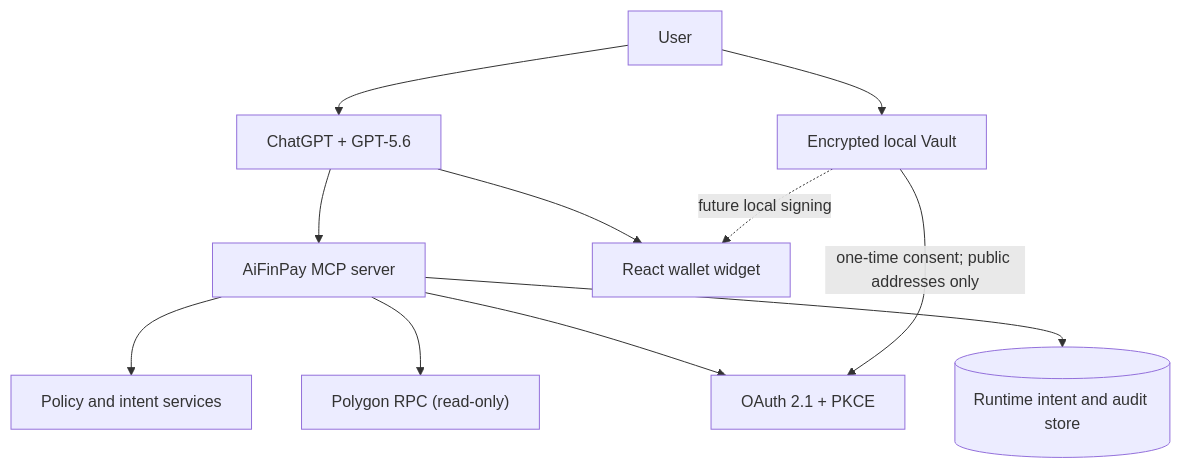
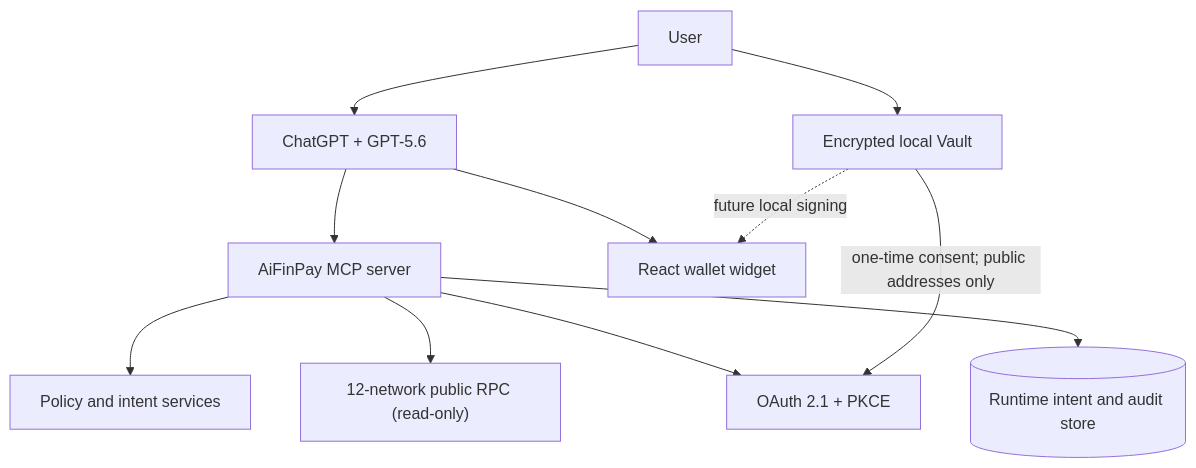
The diagram in README.md (coinsecuritiescompany/GPT-wallet-AiFinPay), drawn with Mermaid before and after one commit. The commit also changed other lines of this file and 17 other files, not shown here.

First line of the commit message:
Bring read-only balances live on all 12 mainnet networks

````diff
--- a/README.md
+++ b/README.md
@@ -58,13 +58,13 @@
 ```mermaid
 flowchart TD
     U["User"] --> C["ChatGPT + GPT-5.6"]
     C --> M["AiFinPay MCP server"]
     M --> P["Policy and intent services"]
-    M --> R["Polygon RPC (read-only)"]
+    M --> R["12-network public RPC (read-only)"]
     M --> A["OAuth 2.1 + PKCE"]
     M --> D[("Runtime intent and audit store")]
     C --> W["React wallet widget"]
     U --> V["Encrypted local Vault"]
     V -->|"one-time consent; public addresses only"| A
     V -. "future local signing" .-> W
 ```
````
